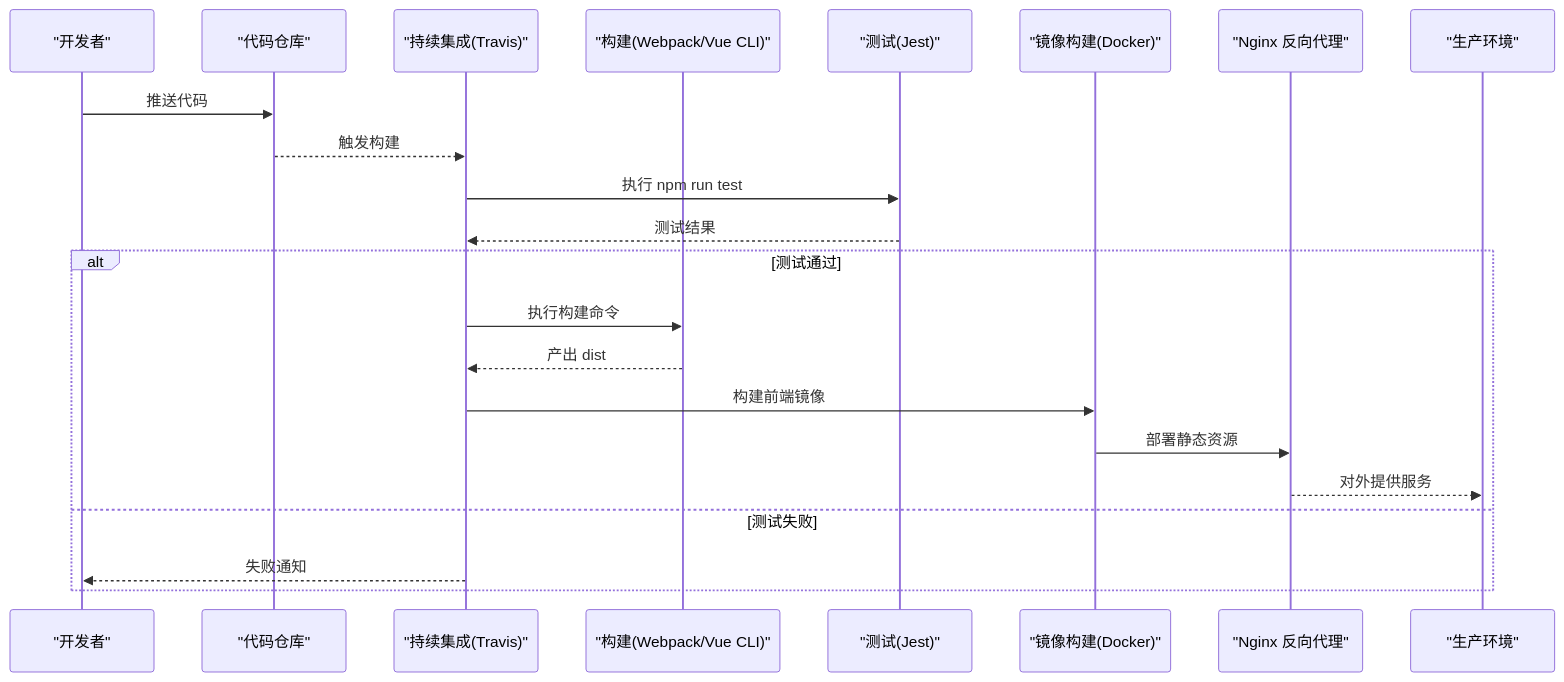
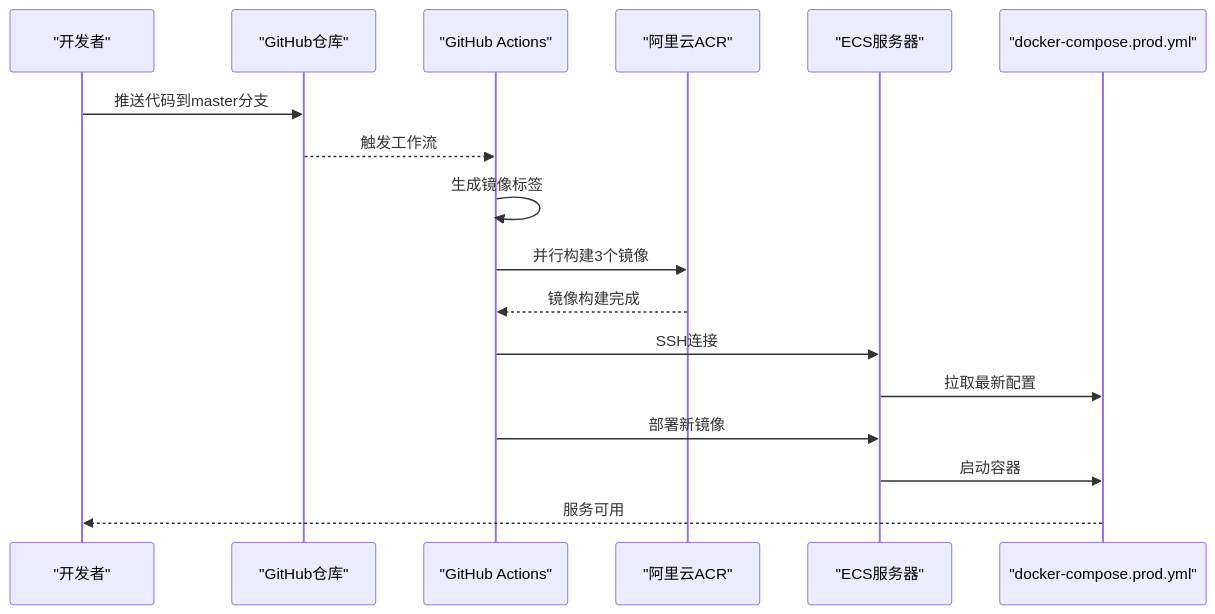
One commit to TinyMaD/SpeedRunnersLab changed the second of 3 diagrams in .qoder/repowiki/zh/content/前端应用/构建部署/部署流水线.md. Above: the diagram before and after it, drawn with Mermaid. The commit also changed other lines of this file and 9 other files, not shown here.

Commit message:
接入 GitHub Actions CI/CD (ghcr.io 方案)

````diff
--- a/.qoder/repowiki/zh/content/前端应用/构建部署/部署流水线.md
+++ b/.qoder/repowiki/zh/content/前端应用/构建部署/部署流水线.md
@@ -94,24 +111,19 @@
 ```mermaid
 sequenceDiagram
 participant Dev as "开发者"
-participant Repo as "代码仓库"
-participant CI as "持续集成(Travis)"
-participant Build as "构建(Webpack/Vue CLI)"
-participant Test as "测试(Jest)"
-participant Image as "镜像构建(Docker)"
-participant Nginx as "Nginx 反向代理"
-participant Prod as "生产环境"
-Dev->>Repo : 推送代码
-Repo-->>CI : 触发构建
-CI->>Test : 执行 npm run test
-Test-->>CI : 测试结果
-alt 测试通过
-CI->>Build : 执行构建命令
-Build-->>CI : 产出 dist
-CI->>Image : 构建前端镜像
-Image->>Nginx : 部署静态资源
-Nginx-->>Prod : 对外提供服务
-else 测试失败
-CI-->>Dev : 失败通知
-end
+participant GH as "GitHub仓库"
+participant GHA as "GitHub Actions"
+participant ACR as "阿里云ACR"
+participant ECS as "ECS服务器"
+participant DC as "docker-compose.prod.yml"
+Dev->>GH : 推送代码到master分支
+GH-->>GHA : 触发工作流
+GHA->>GHA : 生成镜像标签
+GHA->>ACR : 并行构建3个镜像
+ACR-->>GHA : 镜像构建完成
+GHA->>ECS : SSH连接
+ECS->>DC : 拉取最新配置
+GHA->>ECS : 部署新镜像
+ECS->>DC : 启动容器
+DC-->>Dev : 服务可用
 ```
````
